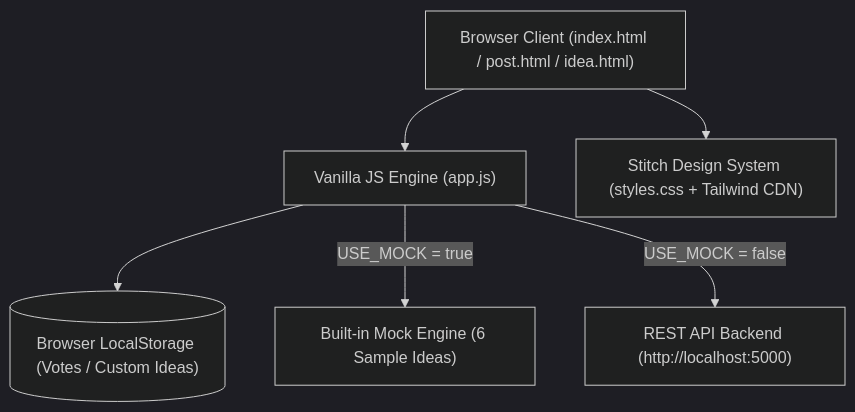
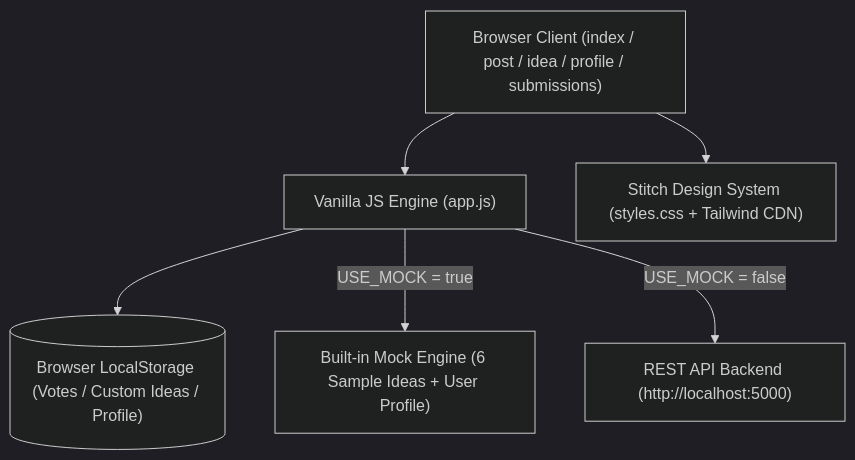
Before and after one commit to Anushaoli19/Idea-Vault: the diagram in docs/ARCHITECTURE.md, drawn with Mermaid (dark theme). The commit also changed other lines of this file and 10 other files, not shown here.

Commit message:
feat(profile): add student profile view, submissions dashboard, and drawer navigation

````diff
--- a/docs/ARCHITECTURE.md
+++ b/docs/ARCHITECTURE.md
@@ -4,15 +4,15 @@
 ```mermaid
 graph TD
-    Client["Browser Client (index.html / post.html / idea.html)"]
+    Client["Browser Client (index / post / idea / profile / submissions)"]
     AppJS["Vanilla JS Engine (app.js)"]
     CSS["Stitch Design System (styles.css + Tailwind CDN)"]
-    Storage[("Browser LocalStorage (Votes / Custom Ideas)")]
-    MockEngine["Built-in Mock Engine (6 Sample Ideas)"]
+    Storage[("Browser LocalStorage (Votes / Custom Ideas / Profile)")]
+    MockEngine["Built-in Mock Engine (6 Sample Ideas + User Profile)"]
     API["REST API Backend (http://localhost:5000)"]
 
     Client --> AppJS
     Client --> CSS
     AppJS --> Storage
     AppJS -->|USE_MOCK = true| MockEngine
     AppJS -->|USE_MOCK = false| API
 ```
````
